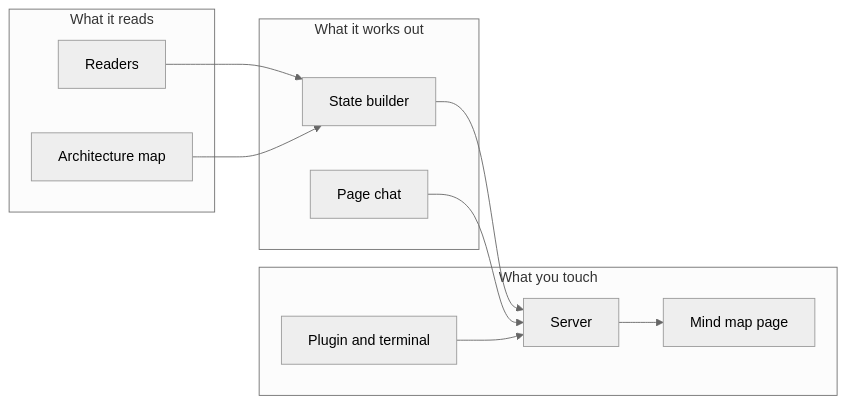
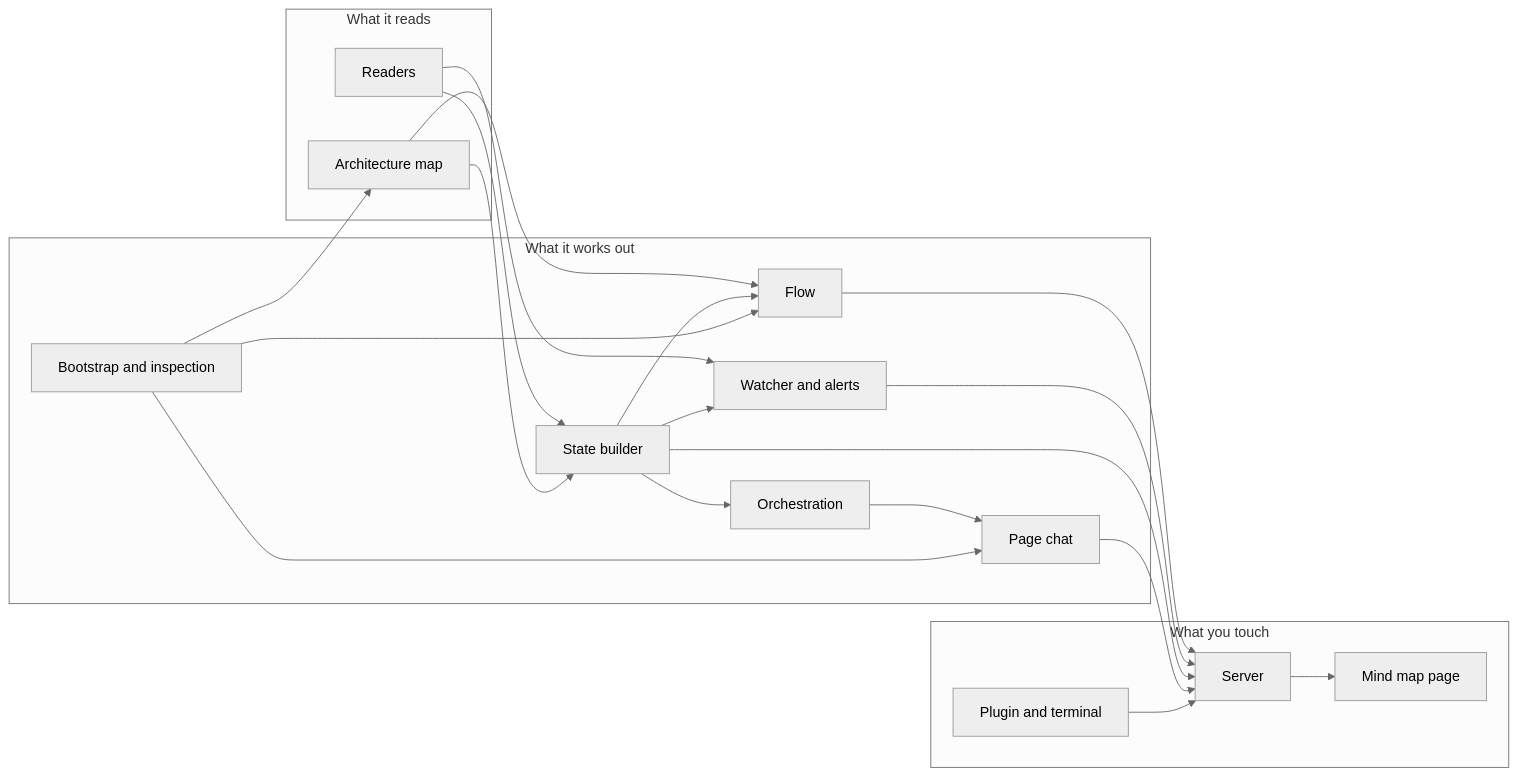
One commit to dan-abreu/session-map changed the diagram in docs/architecture/README.md. Above: the diagram before and after it, drawn with Mermaid (neutral theme). The commit also changed other lines of this file and 10 other files, not shown here.

First line of the commit message:
docs(architecture): move the backlog into the parts, with the orchestration chat first

````diff
--- a/docs/architecture/README.md
+++ b/docs/architecture/README.md
@@ -7,22 +7,37 @@
 ```mermaid
 flowchart LR
     subgraph sources["What it reads"]
         RD[Readers]
         AM[Architecture map]
     end
     subgraph engine["What it works out"]
         SB[State builder]
         PC[Page chat]
+        FL[Flow]
+        OR[Orchestration]
+        WA[Watcher and alerts]
+        BI[Bootstrap and inspection]
     end
     subgraph surface["What you touch"]
         SV[Server]
         MM[Mind map page]
         PL[Plugin and terminal]
     end
     RD --> SB
     AM --> SB
+    AM --> FL
+    SB --> FL
+    RD --> WA
+    SB --> WA
+    SB --> OR
+    OR --> PC
+    BI --> PC
+    BI --> AM
+    BI --> FL
+    FL --> SV
+    WA --> SV
     SB --> SV
     PC --> SV
     SV --> MM
     PL --> SV
 ```
````
